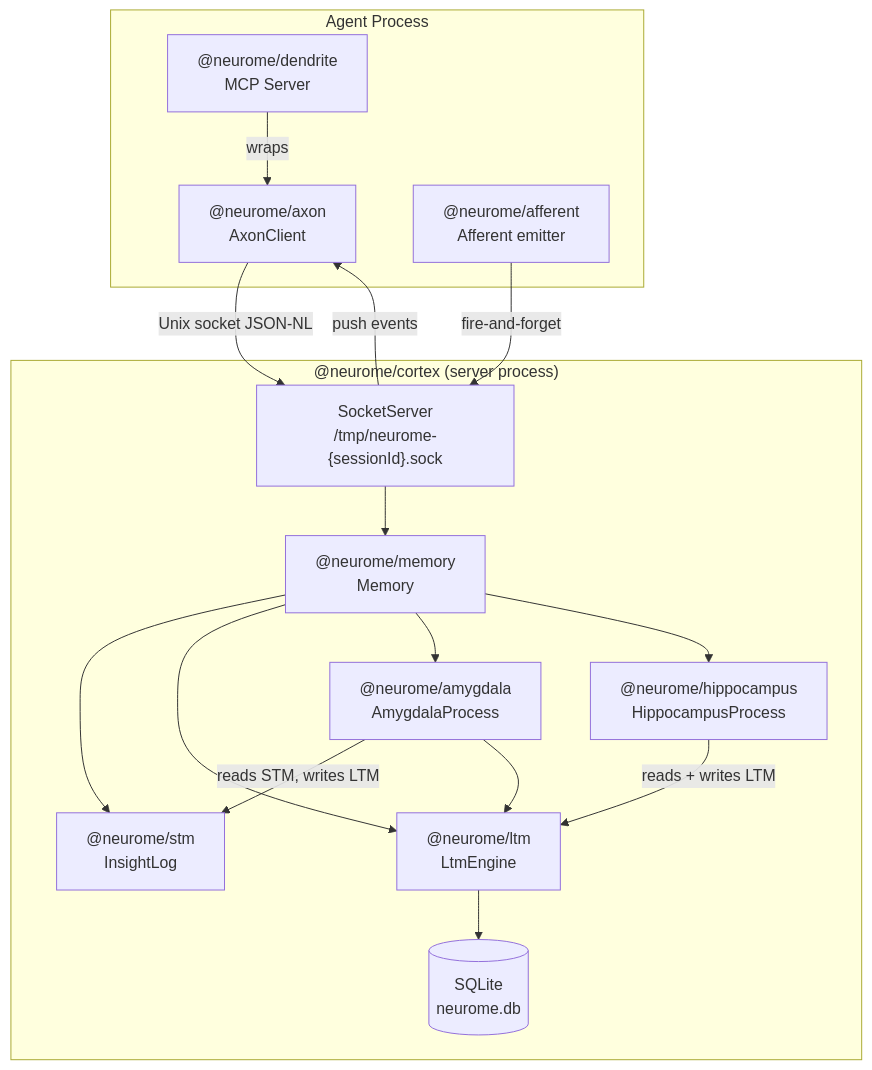
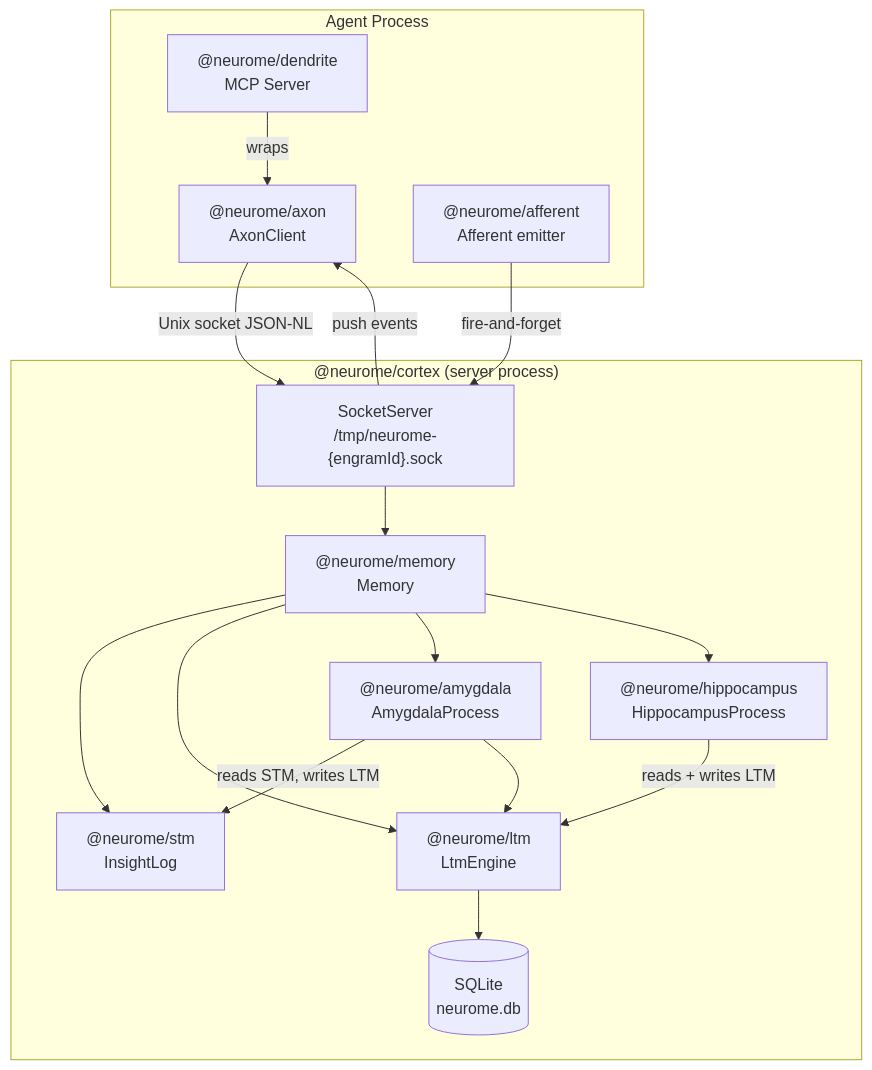
Before and after one commit to marcoskichel/memex: the first of 5 diagrams in docs/SPEC.md, drawn with Mermaid. The commit also changed other lines of this file and 12 other files, not shown here.

Commit message:
docs: revert diagrams to ASCII art

````diff
--- a/docs/SPEC.md
+++ b/docs/SPEC.md
@@ -30,32 +30,32 @@
 ```mermaid
 graph TD
     subgraph AgentProcess ["Agent Process"]
         AX["@neurome/axon\nAxonClient"]
         DN["@neurome/dendrite\nMCP Server"]
         AF["@neurome/afferent\nAfferent emitter"]
     end
 
     subgraph CortexProcess ["@neurome/cortex (server process)"]
-        SS["SocketServer\n/tmp/neurome-{sessionId}.sock"]
+        SS["SocketServer\n/tmp/neurome-{engramId}.sock"]
         MEM["@neurome/memory\nMemory"]
         STM["@neurome/stm\nInsightLog"]
         AMY["@neurome/amygdala\nAmygdalaProcess"]
         HIP["@neurome/hippocampus\nHippocampusProcess"]
         LTM["@neurome/ltm\nLtmEngine"]
         DB[(SQLite\nneurome.db)]
     end
 
     AX -->|Unix socket JSON-NL| SS
     DN -->|wraps| AX
     AF -->|fire-and-forget| SS
     SS --> MEM
     MEM --> STM
     MEM --> LTM
     AMY -->|reads STM, writes LTM| STM
     AMY --> LTM
     HIP -->|reads + writes LTM| LTM
     LTM --> DB
     MEM --> AMY
     MEM --> HIP
     SS -->|push events| AX
 ```
````
